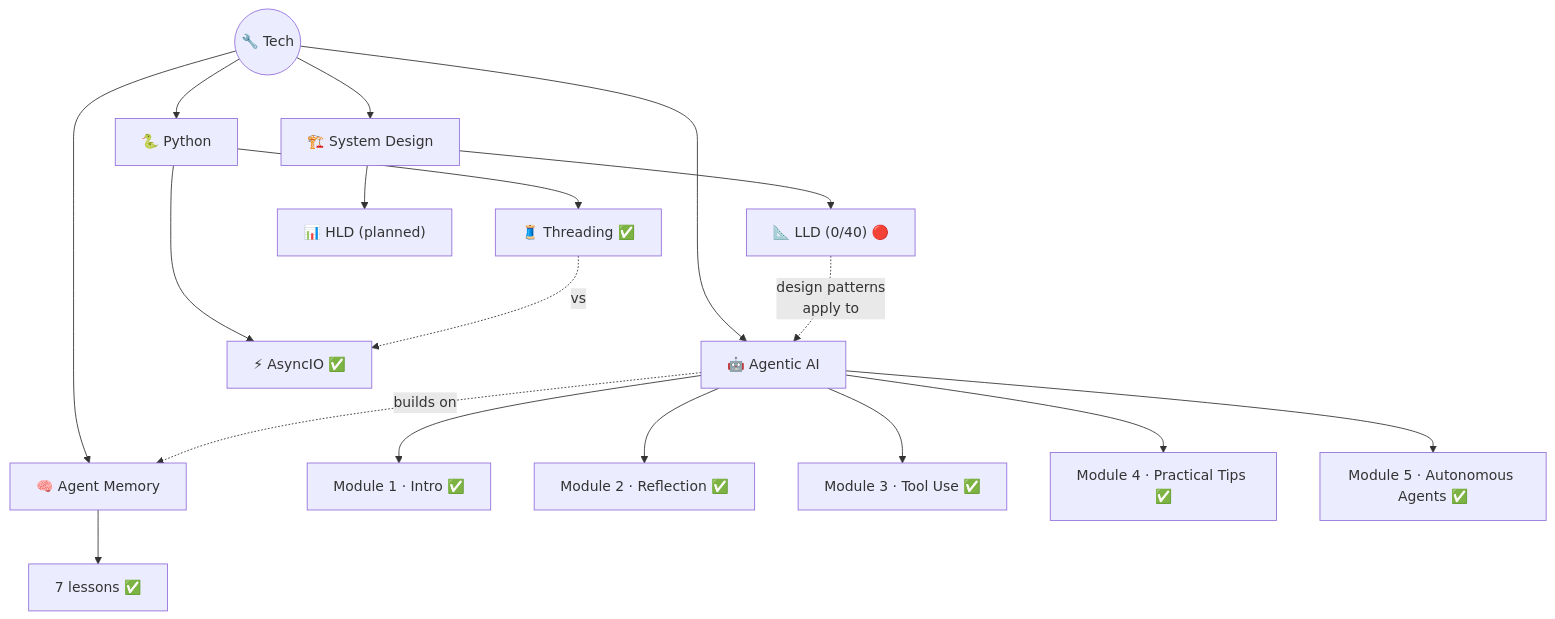
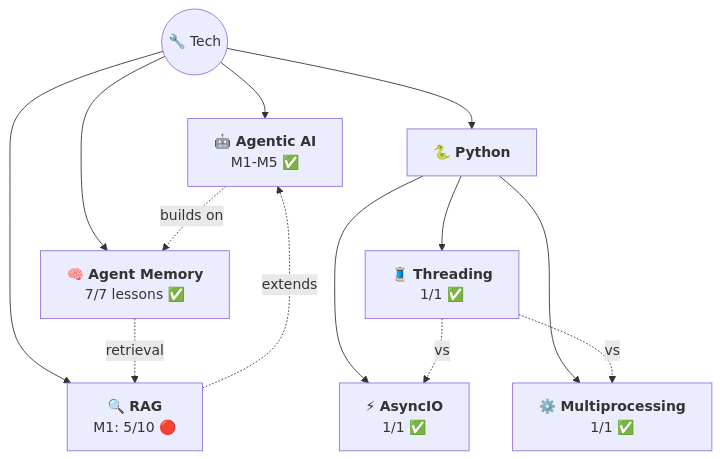
Before and after one commit to AyushSonuu/my-memory: the diagram in _maps/tech.md, drawn with Mermaid. The commit also changed other lines of this file and 234 other files, not shown here.

````diff
--- a/_maps/tech.md
+++ b/_maps/tech.md
@@ -5,26 +5,16 @@
 ```mermaid
 graph TB
     T(("🔧 Tech"))
-    T --> AG["🤖 Agentic AI"]
-    T --> AM["🧠 Agent Memory"]
-    T --> PY["🐍 Python"]
-    T --> SD["🏗️ System Design"]
-    
-    AG --> M1["Module 1 · Intro ✅"]
-    AG --> M2["Module 2 · Reflection ✅"]
-    AG --> M3["Module 3 · Tool Use ✅"]
-    AG --> M4["Module 4 · Practical Tips ✅"]
-    AG --> M5["Module 5 · Autonomous Agents ✅"]
-
-    AM --> AML["7 lessons ✅"]
-
-    PY --> AIO["⚡ AsyncIO ✅"]
-    PY --> THR["🧵 Threading ✅"]
-
-    SD --> LLD["📐 LLD (0/40) 🔴"]
-    SD --> HLD["📊 HLD (planned)"]
-
+    T --> AG["🤖 <b>Agentic AI</b><br/>M1-M5 ✅"]
+    T --> AM["🧠 <b>Agent Memory</b><br/>7/7 lessons ✅"]
+    T --> RAG["🔍 <b>RAG</b><br/>M1: 5/10 🔴"]
+    T --> PY["🐍 <b>Python</b>"]
+    PY --> AIO["⚡ <b>AsyncIO</b><br/>1/1 ✅"]
+    PY --> THR["🧵 <b>Threading</b><br/>1/1 ✅"]
+    PY --> MP["⚙️ <b>Multiprocessing</b><br/>1/1 ✅"]
     AG -.->|"builds on"| AM
+    AM -.->|"retrieval"| RAG
+    RAG -.->|"extends"| AG
     THR -.->|"vs"| AIO
-    LLD -.->|"design patterns<br/>apply to"| AG
+    THR -.->|"vs"| MP
 ```
````
